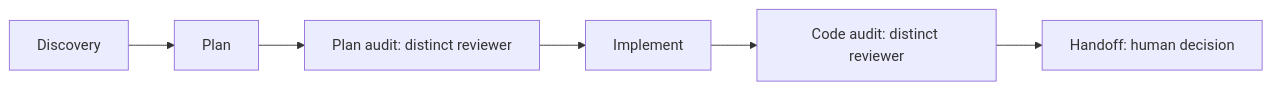
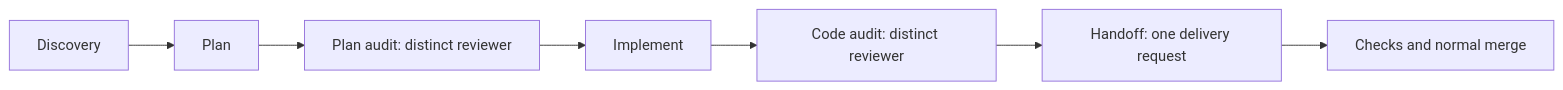
The diagram in README.md (grizzz-ai/ursa), drawn with Mermaid before and after one commit. The commit also changed other lines of this file and 6 other files, not shown here.

First line of the commit message:
feat(ursa): deliver a reviewed task through merge after one handoff request

````diff
--- a/README.md
+++ b/README.md
@@ -41,8 +43,9 @@
 ```mermaid
 flowchart LR
   D[Discovery] --> P[Plan]
   P --> PA[Plan audit: distinct reviewer]
   PA --> I[Implement]
   I --> CA[Code audit: distinct reviewer]
-  CA --> H[Handoff: human decision]
+  CA --> H[Handoff: one delivery request]
+  H --> M[Checks and normal merge]
 ```
````
